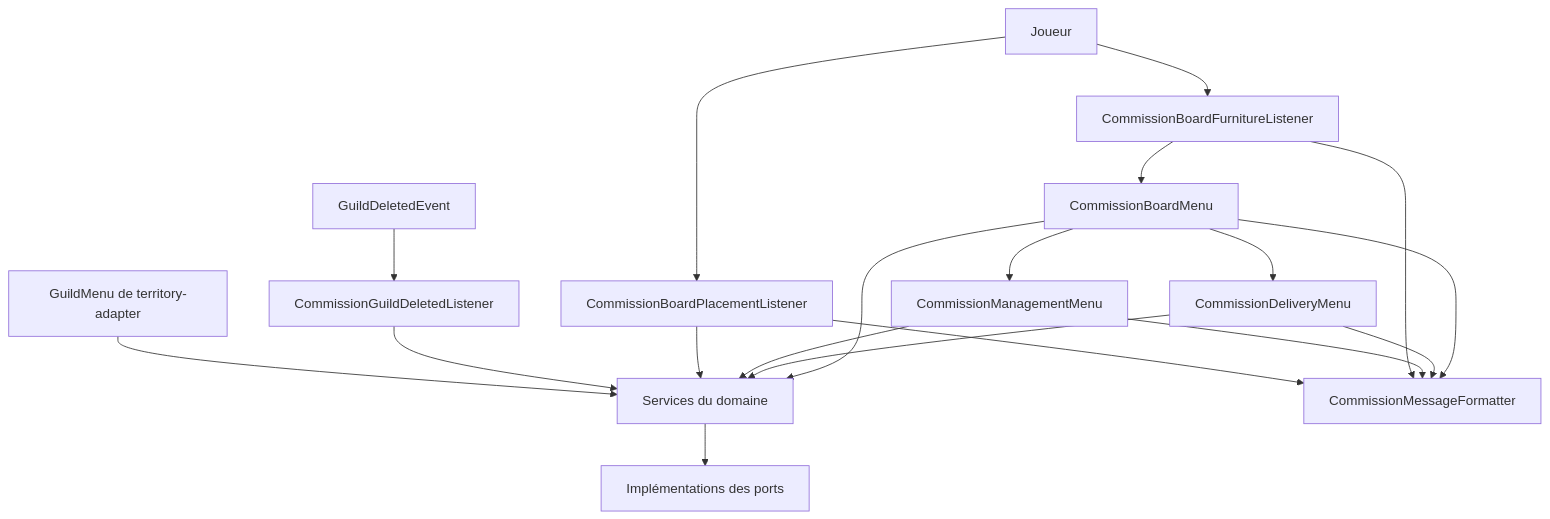
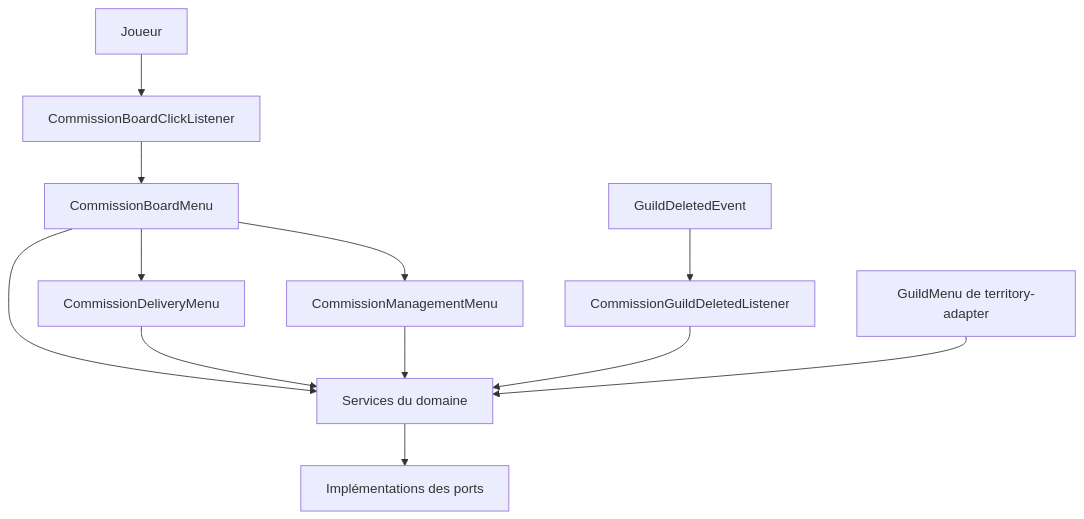
Before and after one commit to TesseractFR/TesseractSRP2: the first of 2 diagrams in commission-adapter/spec/commission-adapter-doc.md, drawn with Mermaid. The commit also changed other lines of this file and 90 other files, not shown here.

````diff
--- a/commission-adapter/spec/commission-adapter-doc.md
+++ b/commission-adapter/spec/commission-adapter-doc.md
@@ -40,14 +36,11 @@
 ```mermaid
 flowchart TD
-    JOUEUR[Joueur] --> FL[CommissionBoardFurnitureListener]
-    JOUEUR --> PL[CommissionBoardPlacementListener]
+    JOUEUR[Joueur] --> FL[CommissionBoardClickListener]
     FL --> BM[CommissionBoardMenu]
     BM --> DM[CommissionDeliveryMenu]
     BM --> MM[CommissionManagementMenu]
     BM & DM & MM --> SVC[Services du domaine]
-    PL --> SVC
     GUILDE[GuildDeletedEvent] --> GL[CommissionGuildDeletedListener] --> SVC
     GMENU[GuildMenu de territory-adapter] --> SVC
-    BM & DM & MM & FL & PL --> FMT[CommissionMessageFormatter]
     SVC --> PORTS[Implémentations des ports]
 ```
````
